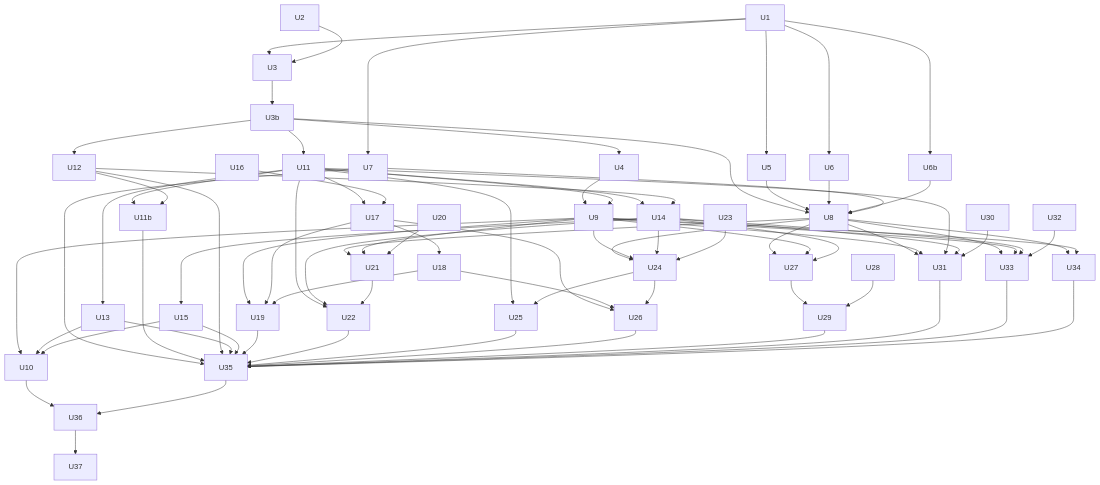
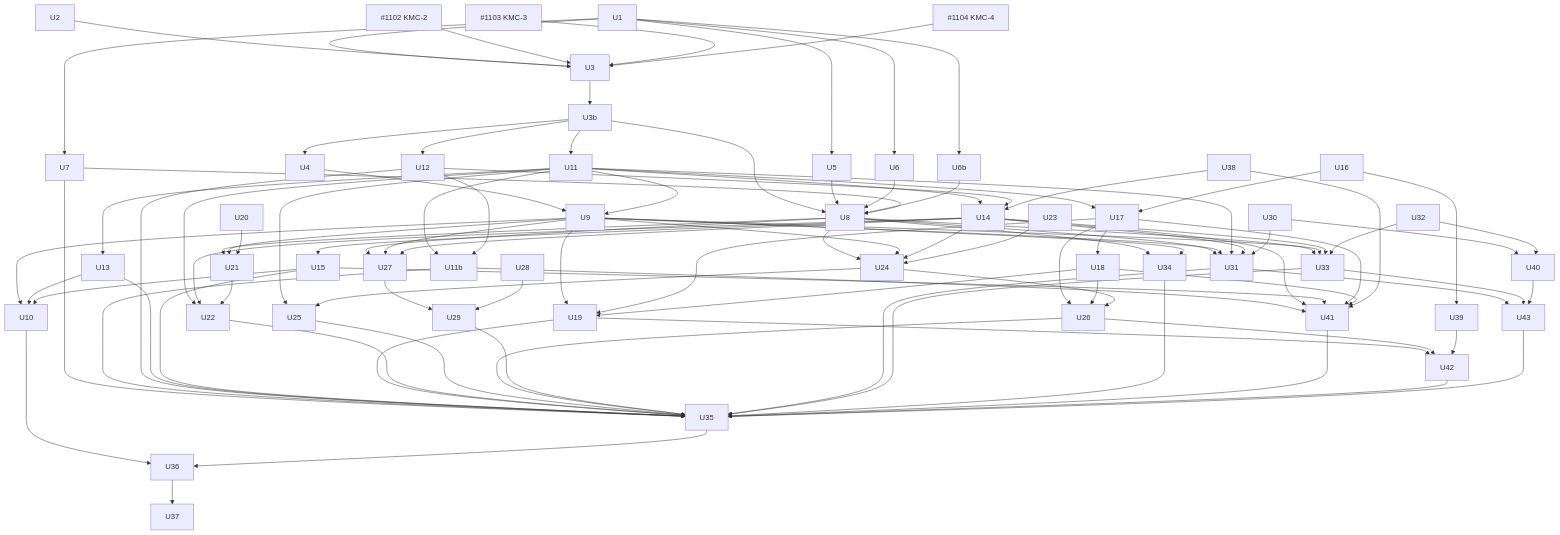
The fourth of 4 diagrams in docs/plans/2026-10-05-001-feat-multi-harness-parity-plan.md (aiur-team/khala), drawn with Mermaid before and after one commit. The commit also changed other lines of this file, not shown here.

```diff
--- a/docs/plans/2026-10-05-001-feat-multi-harness-parity-plan.md
+++ b/docs/plans/2026-10-05-001-feat-multi-harness-parity-plan.md
@@ -390,6 +416,9 @@
 flowchart TB
   U1 --> U3
   U2 --> U3
+  KMC2["#1102 KMC-2"] --> U3
+  KMC3["#1103 KMC-3"] --> U3
+  KMC4["#1104 KMC-4"] --> U3
   U3 --> U3b
   U3b --> U4
   U1 --> U5
@@ -464,6 +493,25 @@
   U31 --> U35
   U33 --> U35
   U34 --> U35
+  U38 --> U14
+  U16 --> U39
+  U30 --> U40
+  U32 --> U40
+  U11b --> U41
+  U14 --> U41
+  U15 --> U41
+  U17 --> U41
+  U18 --> U41
+  U38 --> U41
+  U19 --> U42
+  U26 --> U42
+  U39 --> U42
+  U31 --> U43
+  U33 --> U43
+  U40 --> U43
+  U41 --> U35
+  U42 --> U35
+  U43 --> U35
   U10 --> U36
   U35 --> U36
   U36 --> U37
```
